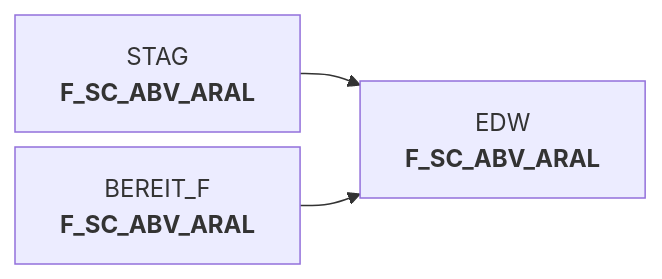
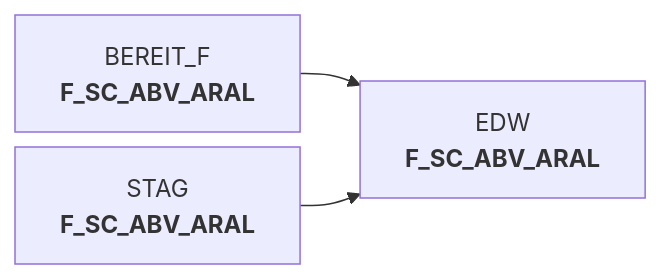
Before and after one commit to integration-factory-de/sas_code_docs: the diagram in docs/Applications/DWABVARAL/snow_abv_aral_nach_dwh.sas.md, drawn with Mermaid. The commit also changed other lines of this file and 129 other files, not shown here.

````diff
--- a/docs/Applications/DWABVARAL/snow_abv_aral_nach_dwh.sas.md
+++ b/docs/Applications/DWABVARAL/snow_abv_aral_nach_dwh.sas.md
@@ -9,11 +39,11 @@
 ```mermaid
 %%{init: {'flowchart': { 'nodeSpacing': 10, 'rankSpacing': 40, 'rankdir': 'TB' }}}%%
 
 flowchart LR
 
+  BEREIT_F.F_SC_ABV_ARAL["BEREIT_F<br/><b>F_SC_ABV_ARAL</b>"] --> EDW.F_SC_ABV_ARAL["EDW<br/><b>F_SC_ABV_ARAL</b>"]
   STAG.F_SC_ABV_ARAL["STAG<br/><b>F_SC_ABV_ARAL</b>"] --> EDW.F_SC_ABV_ARAL["EDW<br/><b>F_SC_ABV_ARAL</b>"]
-  BEREIT_F.F_SC_ABV_ARAL["BEREIT_F<br/><b>F_SC_ABV_ARAL</b>"] --> EDW.F_SC_ABV_ARAL["EDW<br/><b>F_SC_ABV_ARAL</b>"]
+  click BEREIT_F.F_SC_ABV_ARAL "../../tables/BEREIT_F/F_SC_ABV_ARAL"
   click STAG.F_SC_ABV_ARAL "../../tables/STAG/F_SC_ABV_ARAL"
-  click BEREIT_F.F_SC_ABV_ARAL "../../tables/BEREIT_F/F_SC_ABV_ARAL"
   click EDW.F_SC_ABV_ARAL "../../tables/EDW/F_SC_ABV_ARAL"
 ```
````
